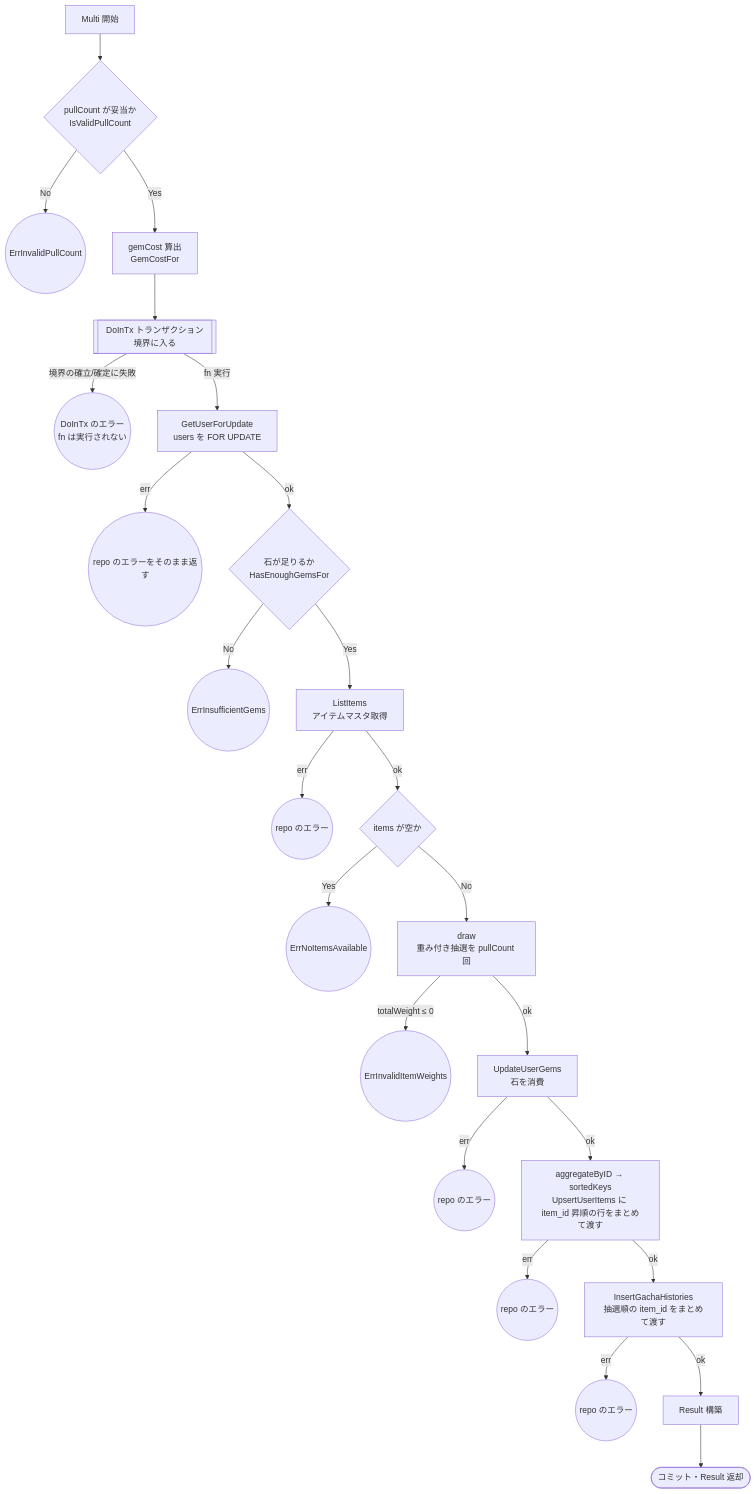
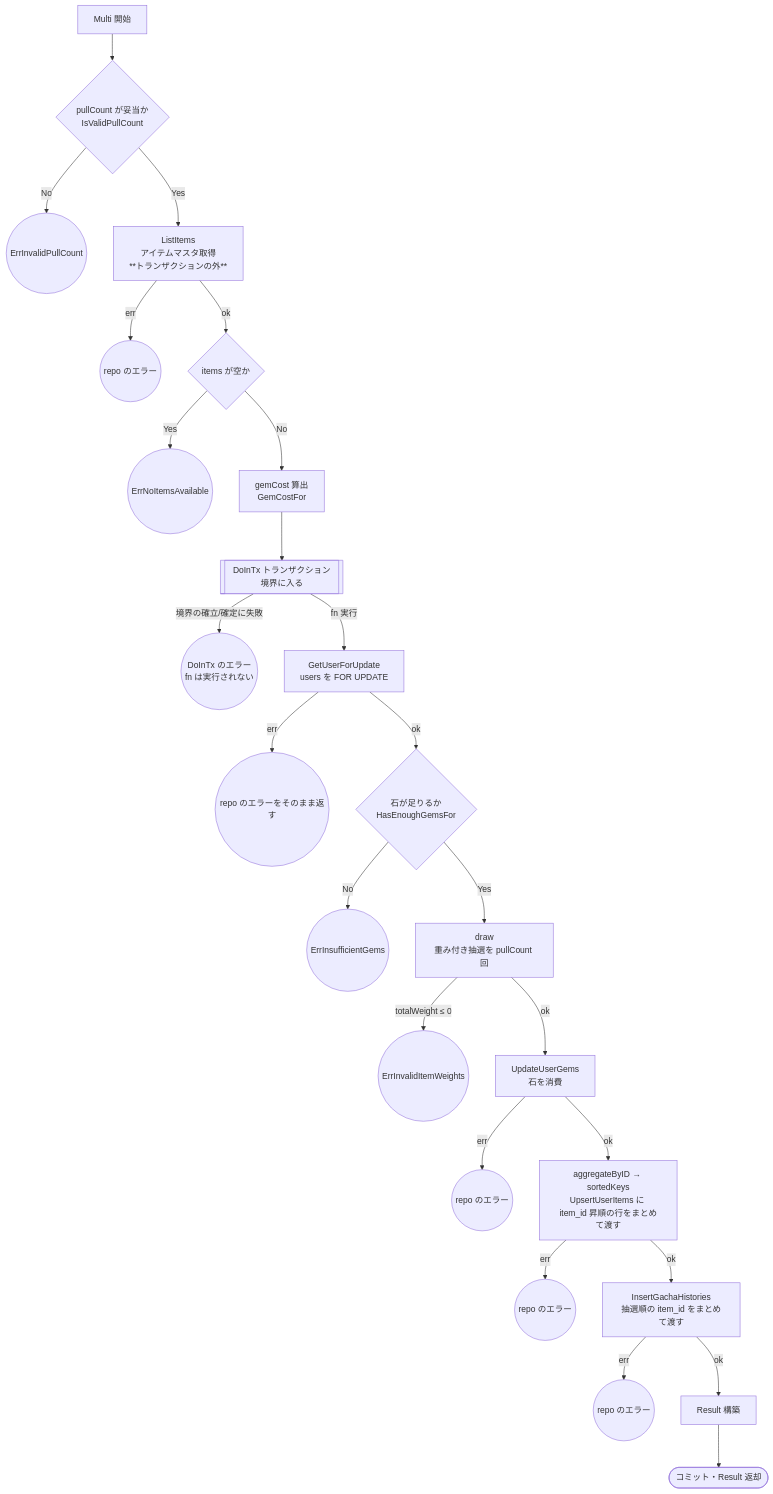
The first of 2 diagrams in docs/testing/gacha.md (uchidas-rogue/game-api-sample), drawn with Mermaid before and after one commit. The commit also changed other lines of this file and 27 other files, not shown here.

````diff
--- a/docs/testing/gacha.md
+++ b/docs/testing/gacha.md
@@ -19,35 +19,35 @@
 ```mermaid
 flowchart TD
     A[Multi 開始] --> B{pullCount が妥当か<br/>IsValidPullCount}
     B -- No --> E1((ErrInvalidPullCount))
-    B -- Yes --> C[gemCost 算出<br/>GemCostFor]
+    B -- Yes --> H[ListItems<br/>アイテムマスタ取得<br/>**トランザクションの外**]
+
+    H -- err --> E2((repo のエラー))
+    H -- ok --> I{items が空か}
+
+    I -- Yes --> E3((ErrNoItemsAvailable))
+    I -- No --> C[gemCost 算出<br/>GemCostFor]
     C --> D[[DoInTx トランザクション境界に入る]]
 
-    D -- 境界の確立/確定に失敗 --> E2((DoInTx のエラー<br/>fn は実行されない))
+    D -- 境界の確立/確定に失敗 --> E4((DoInTx のエラー<br/>fn は実行されない))
     D -- fn 実行 --> F[GetUserForUpdate<br/>users を FOR UPDATE]
 
-    F -- err --> E3((repo のエラーをそのまま返す))
+    F -- err --> E5((repo のエラーをそのまま返す))
     F -- ok --> G{石が足りるか<br/>HasEnoughGemsFor}
 
-    G -- No --> E4((ErrInsufficientGems))
-    G -- Yes --> H[ListItems<br/>アイテムマスタ取得]
-
-    H -- err --> E5((repo のエラー))
-    H -- ok --> I{items が空か}
-
-    I -- Yes --> E6((ErrNoItemsAvailable))
-    I -- No --> J[draw<br/>重み付き抽選を pullCount 回]
+    G -- No --> E6((ErrInsufficientGems))
+    G -- Yes --> J[draw<br/>重み付き抽選を pullCount 回]
 
     J -- totalWeight ≤ 0 --> E7((ErrInvalidItemWeights))
     J -- ok --> K[UpdateUserGems<br/>石を消費]
 
     K -- err --> E8((repo のエラー))
     K -- ok --> L[aggregateByID → sortedKeys<br/>UpsertUserItems に item_id 昇順の行をまとめて渡す]
 
     L -- err --> E9((repo のエラー))
     L -- ok --> M[InsertGachaHistories<br/>抽選順の item_id をまとめて渡す]
 
     M -- err --> E10((repo のエラー))
     M -- ok --> N[Result 構築]
     N --> Z([コミット・Result 返却])
 ```
````
